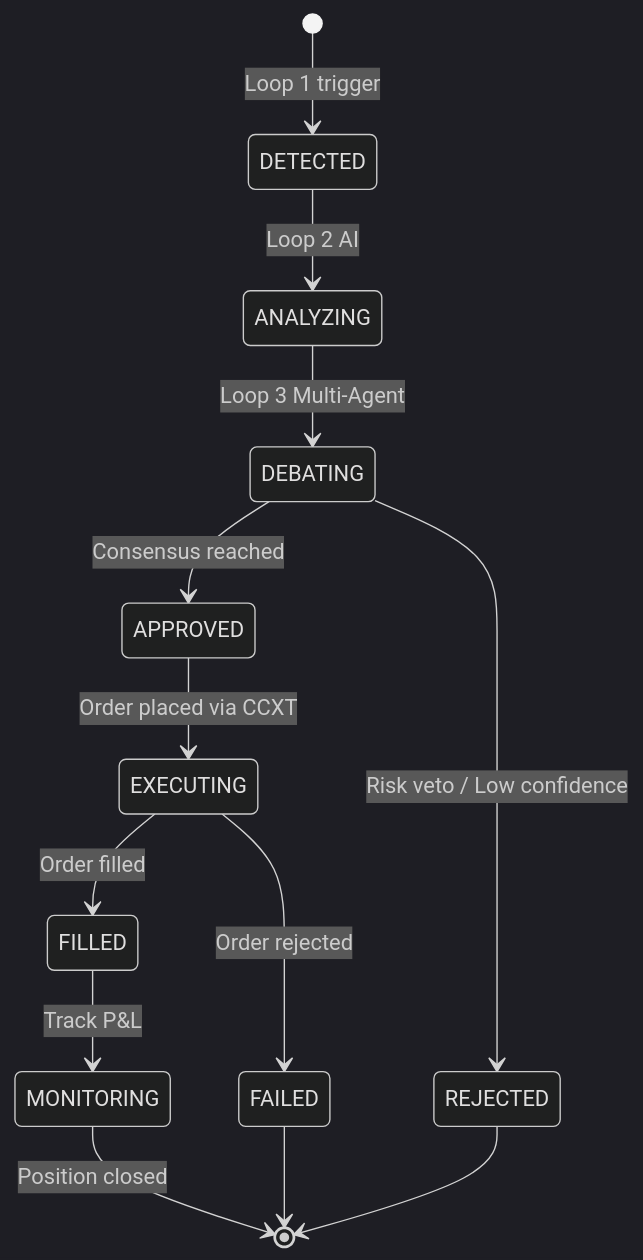
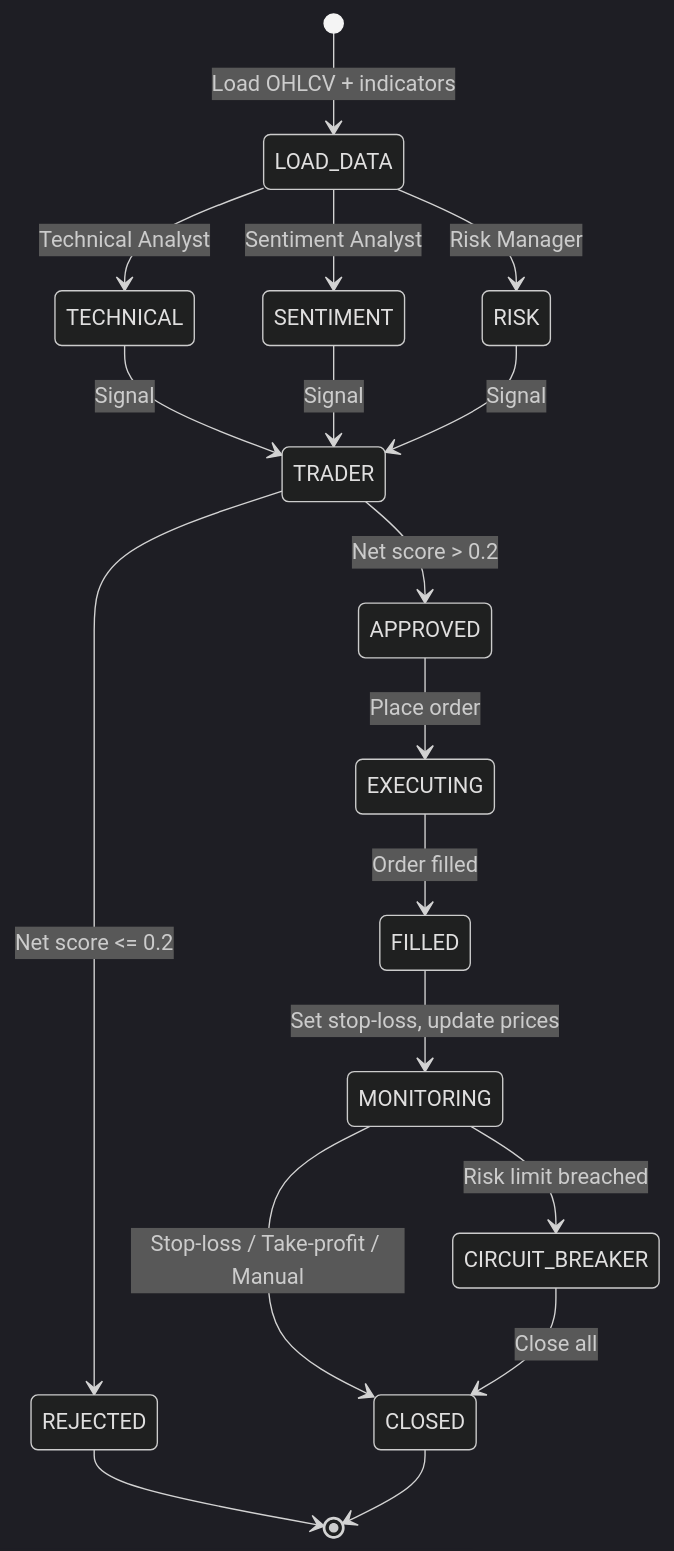
One commit to huythongbk15/LearnTradeAgent changed the third of 3 diagrams in docs/reasoning.md. Above: the diagram before and after it, drawn with Mermaid (dark theme). The commit also changed other lines of this file and 38 other files, not shown here.

````diff
--- a/docs/reasoning.md
+++ b/docs/reasoning.md
@@ -218,15 +214,20 @@
 ```mermaid
 stateDiagram-v2
-    [*] --> DETECTED: Loop 1 trigger
-    DETECTED --> ANALYZING: Loop 2 AI
-    ANALYZING --> DEBATING: Loop 3 Multi-Agent
-    DEBATING --> APPROVED: Consensus reached
-    DEBATING --> REJECTED: Risk veto / Low confidence
-    APPROVED --> EXECUTING: Order placed via CCXT
+    [*] --> LOAD_DATA: Load OHLCV + indicators
+    LOAD_DATA --> TECHNICAL: Technical Analyst
+    LOAD_DATA --> SENTIMENT: Sentiment Analyst
+    LOAD_DATA --> RISK: Risk Manager
+    TECHNICAL --> TRADER: Signal
+    SENTIMENT --> TRADER: Signal
+    RISK --> TRADER: Signal
+    TRADER --> APPROVED: Net score > 0.2
+    TRADER --> REJECTED: Net score <= 0.2
+    APPROVED --> EXECUTING: Place order
     EXECUTING --> FILLED: Order filled
-    EXECUTING --> FAILED: Order rejected
-    FILLED --> MONITORING: Track P&L
-    MONITORING --> [*]: Position closed
+    FILLED --> MONITORING: Set stop-loss, update prices
+    MONITORING --> CLOSED: Stop-loss / Take-profit / Manual
+    MONITORING --> CIRCUIT_BREAKER: Risk limit breached
+    CIRCUIT_BREAKER --> CLOSED: Close all
     REJECTED --> [*]
-    FAILED --> [*]
+    CLOSED --> [*]
 ```
````
